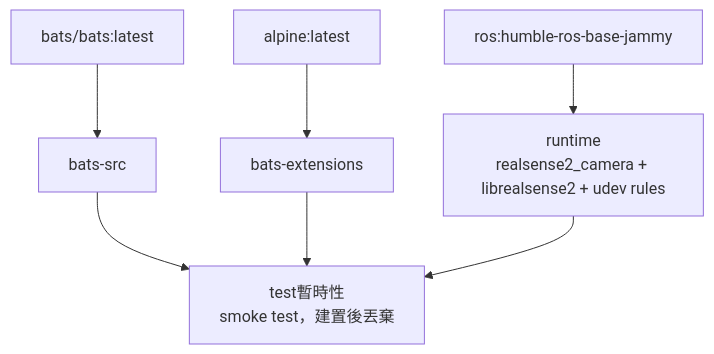
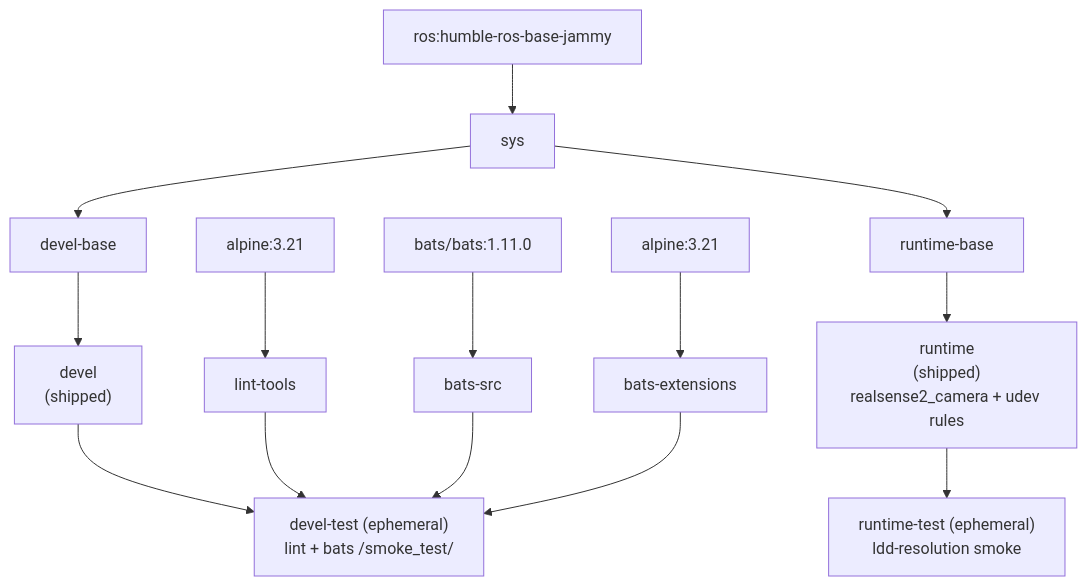
One commit to ycpss91255-docker/realsense_ros2 changed the diagram in doc/README.zh-TW.md. Above: the diagram before and after it, drawn with Mermaid. The commit also changed other lines of this file and 5 other files, not shown here.

````diff
--- a/doc/README.zh-TW.md
+++ b/doc/README.zh-TW.md
@@ -90,16 +111,25 @@
 ```mermaid
 graph TD
-    EXT1["bats/bats:latest"]
-    EXT2["alpine:latest"]
-    EXT3["ros:humble-ros-base-jammy"]
+    EXT1["bats/bats:1.11.0"]
+    EXT2["alpine:3.21"]
+    EXT3["alpine:3.21"]
+    EXT4["ros:humble-ros-base-jammy"]
 
-    EXT1 --> bats-src["bats-src"]
-    EXT2 --> bats-ext["bats-extensions"]
+    EXT1 --> batssrc["bats-src"]
+    EXT2 --> batsext["bats-extensions"]
+    EXT3 --> lint["lint-tools"]
 
-    EXT3 --> runtime["runtime\nrealsense2_camera + librealsense2 + udev rules"]
+    EXT4 --> sys["sys"]
 
-    bats-src --> test["test暫時性\nsmoke test，建置後丟棄"]
-    bats-ext --> test
-    runtime --> test
+    sys --> develbase["devel-base"]
+    develbase --> devel["devel\n(shipped)"]
+    devel --> develtest["devel-test (ephemeral)\nlint + bats /smoke_test/"]
 
+    sys --> runtimebase["runtime-base"]
+    runtimebase --> runtime["runtime\n(shipped)\nrealsense2_camera + udev rules"]
+    runtime --> runtimetest["runtime-test (ephemeral)\nldd-resolution smoke"]
+
+    lint --> develtest
+    batssrc --> develtest
+    batsext --> develtest
 ```
````
